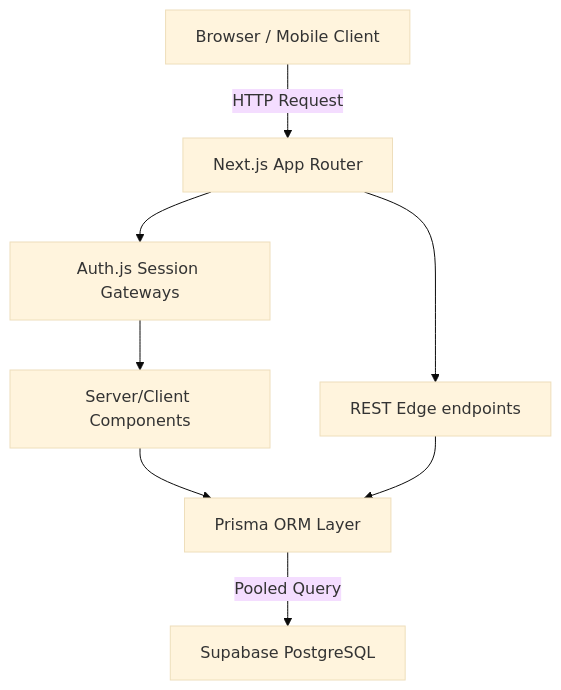
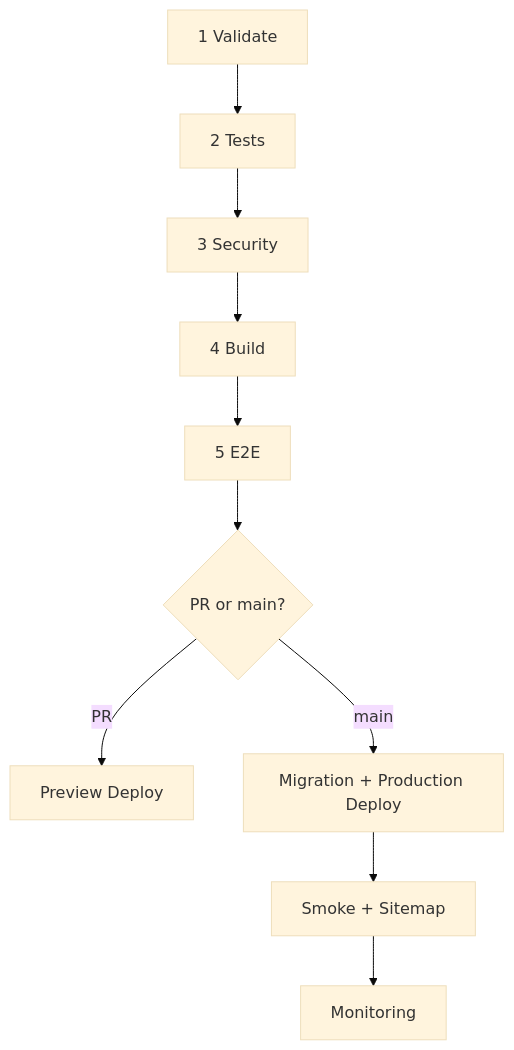
The second of 4 diagrams in README.md (23520904/aurews-seo), drawn with Mermaid (base theme) before and after one commit. The commit also changed other lines of this file, not shown here.

Commit message:
docs: restructure README into a premium visual landing page with Mermaid timelines and collapsible details

````diff
--- a/README.md
+++ b/README.md
@@ -46,18 +165,12 @@
 ```mermaid
-graph TD
-    Client[Browser / Mobile Client]
-    Router[Next.js App Router]
-    Auth[Auth.js Session Gateways]
-    Pages[Server/Client Components]
-    APIs[REST Edge endpoints]
-    Prisma[Prisma ORM Layer]
-    Supabase[Supabase PostgreSQL]
-
-    Client -->|HTTP Request| Router
-    Router --> Auth
-    Auth --> Pages
-    Router --> APIs
-    Pages --> Prisma
-    APIs --> Prisma
-    Prisma -->|Pooled Query| Supabase
+flowchart TD
+  P1[1 Validate] --> P2[2 Tests]
+  P2 --> P3[3 Security]
+  P3 --> P4[4 Build]
+  P4 --> P5[5 E2E]
+  P5 --> P6{PR or main?}
+  P6 -->|PR| P7[Preview Deploy]
+  P6 -->|main| P8[Migration + Production Deploy]
+  P8 --> P9[Smoke + Sitemap]
+  P9 --> P10[Monitoring]
 ```
````
